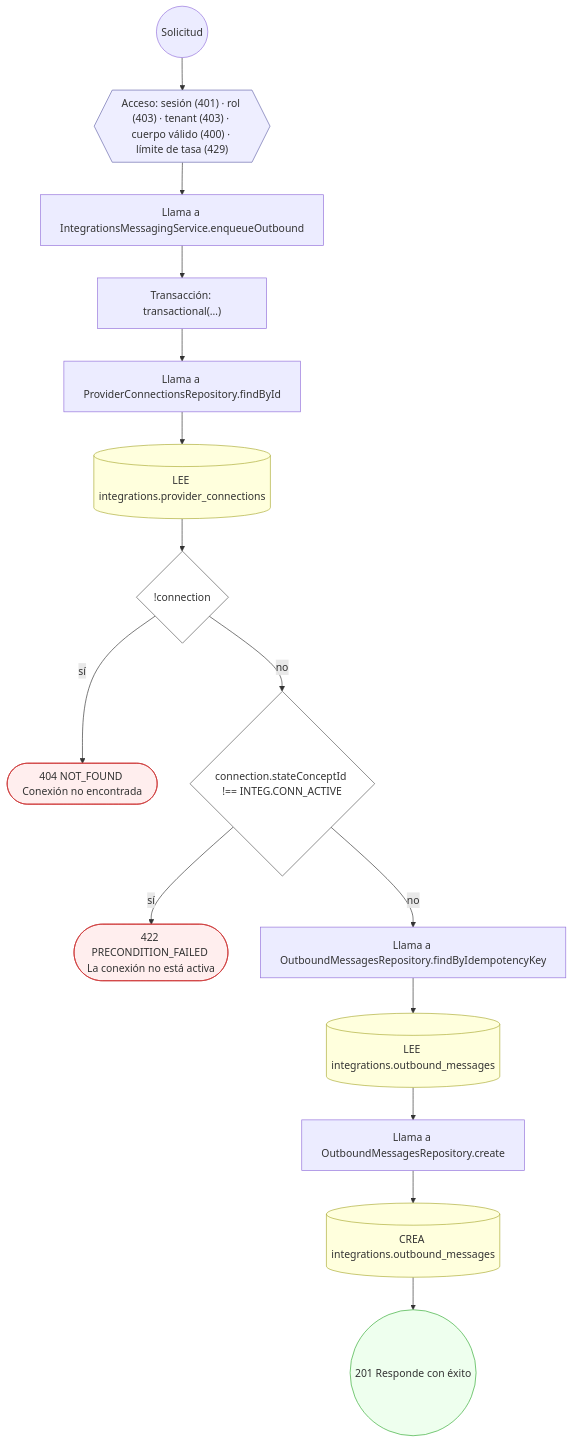
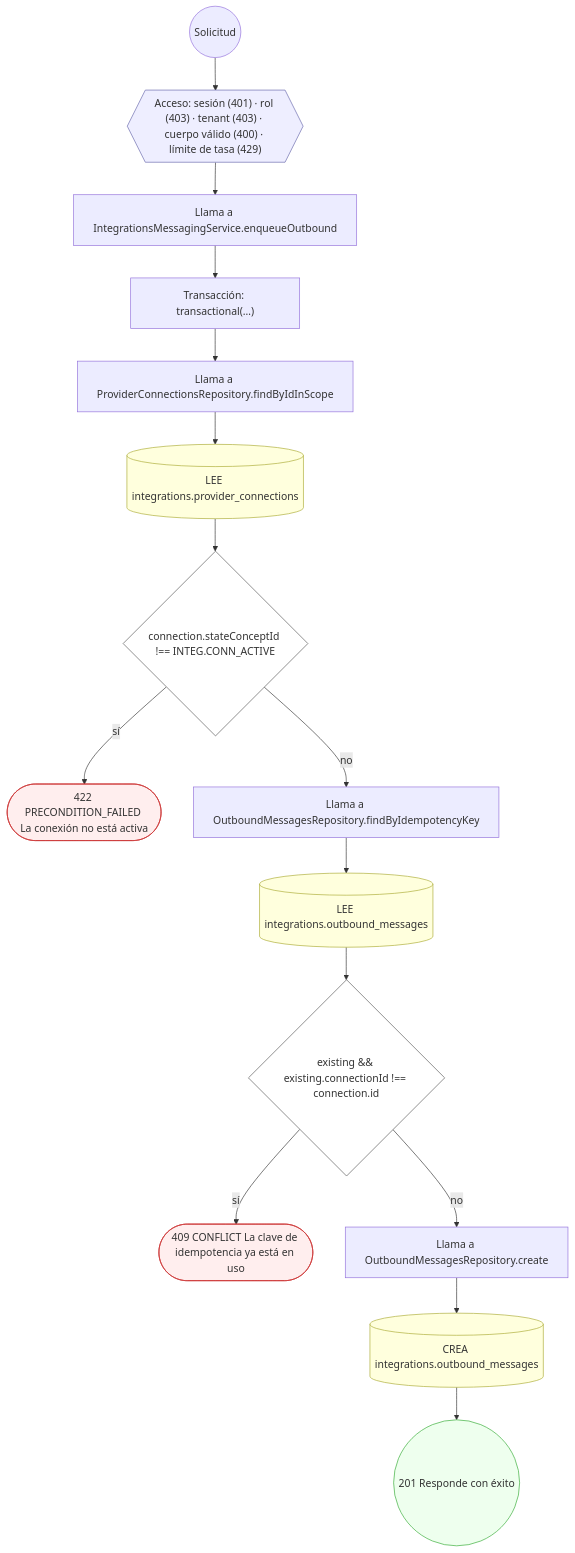
One commit to mdavila-2001/mantra-core-health-api changed the fourth of 14 diagrams in docs/inventario/flujos/integrations.md. Above: the diagram before and after it, drawn with Mermaid. The commit also changed other lines of this file and 438 other files, not shown here.

````diff
--- a/docs/inventario/flujos/integrations.md
+++ b/docs/inventario/flujos/integrations.md
@@ -291,38 +282,38 @@
 ```mermaid
 flowchart TD
   n1(("Solicitud")):::inicio
   n2{{"Acceso: sesión (401) · rol (403) · tenant (403) · cuerpo válido (400) · límite de tasa (429)"}}:::acceso
   n1 --> n2
   n3["Llama a IntegrationsMessagingService.enqueueOutbound"]:::llamada
   n2 --> n3
   n4["Transacción: transactional(…)"]:::transaccion
   n3 --> n4
-  n5["Llama a ProviderConnectionsRepository.findById"]:::llamada
+  n5["Llama a ProviderConnectionsRepository.findByIdInScope"]:::llamada
   n4 --> n5
   n6[("LEE integrations.provider_connections")]:::efecto
   n5 --> n6
-  n7{"!connection"}:::decision
+  n7{"connection.stateConceptId !== INTEG.CONN_ACTIVE"}:::decision
   n6 --> n7
-  n8(["404 NOT_FOUND Conexión no encontrada"]):::error
+  n8(["422 PRECONDITION_FAILED La conexión no está activa"]):::error
   n7 -->|"sí"| n8
-  n9{"connection.stateConceptId !== INTEG.CONN_ACTIVE"}:::decision
+  n9["Llama a OutboundMessagesRepository.findByIdempotencyKey"]:::llamada
   n7 -->|"no"| n9
-  n10(["422 PRECONDITION_FAILED La conexión no está activa"]):::error
-  n9 -->|"sí"| n10
-  n11["Llama a OutboundMessagesRepository.findByIdempotencyKey"]:::llamada
-  n9 -->|"no"| n11
-  n12[("LEE integrations.outbound_messages")]:::efecto
-  n11 --> n12
+  n10[("LEE integrations.outbound_messages")]:::efecto
+  n9 --> n10
+  n11{"existing && existing.connectionId !== connection.id"}:::decision
+  n10 --> n11
+  n12(["409 CONFLICT La clave de idempotencia ya está en uso"]):::error
+  n11 -->|"sí"| n12
   n13["Llama a OutboundMessagesRepository.create"]:::llamada
-  n12 --> n13
+  n11 -->|"no"| n13
   n14[("CREA integrations.outbound_messages")]:::efecto
   n13 --> n14
   n15(("201 Responde con éxito")):::ok
   n14 --> n15
   classDef acceso fill:#eef,stroke:#66a
   classDef error fill:#fee,stroke:#c33
   classDef ok fill:#efe,stroke:#3a3
   classDef efecto fill:#ffd,stroke:#aa3
   classDef decision fill:#fff,stroke:#555
   classDef corte fill:#eee,stroke:#999,stroke-dasharray: 4
 ```
````
